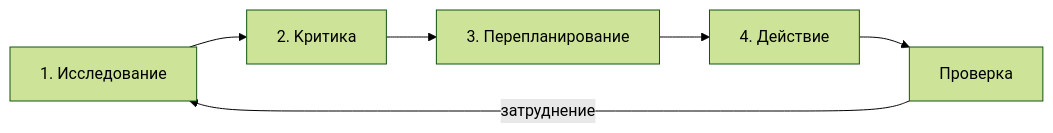
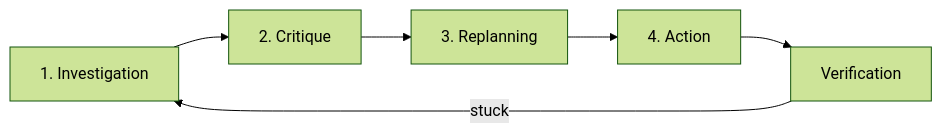
The second of 2 diagrams in agents/manager.md (sthe0/claude-agent-instructions), drawn with Mermaid (forest theme) before and after one commit. The commit also changed other lines of this file and 24 other files, not shown here.

````diff
--- a/agents/manager.md
+++ b/agents/manager.md
@@ -107,8 +107,8 @@
 ```mermaid
 flowchart LR
-  I[1. Исследование] --> K[2. Kритика]
-  K --> P[3. Перепланирование]
-  P --> D[4. Действие]
-  D --> V[Проверка]
-  V -->|затруднение| I
+  I[1. Investigation] --> K[2. Critique]
+  K --> P[3. Replanning]
+  P --> D[4. Action]
+  D --> V[Verification]
+  V -->|stuck| I
 ```
````
